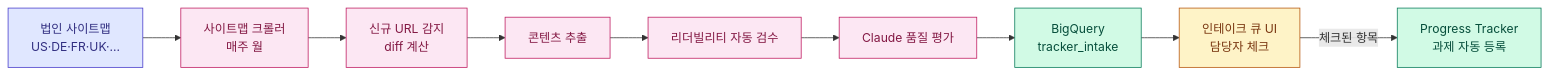
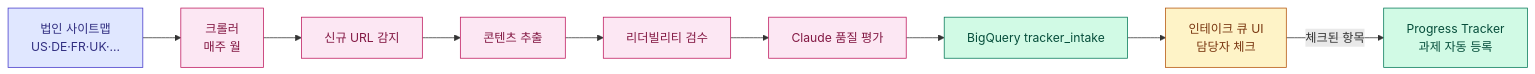
One commit to mts8787-droid/my-geo-newsletter changed the third of 4 diagrams in docs/ADMIN_PLAN.md. Above: the diagram before and after it, drawn with Mermaid. The commit also changed other lines of this file, not shown here.

````diff
--- a/docs/ADMIN_PLAN.md
+++ b/docs/ADMIN_PLAN.md
@@ -281,20 +283,20 @@
 ```mermaid
 flowchart LR
   classDef ext fill:#E0E7FF,stroke:#4338CA,color:#312E81
   classDef run fill:#FCE7F3,stroke:#BE185D,color:#831843
   classDef store fill:#D1FAE5,stroke:#047857,color:#064E3B
   classDef ui fill:#FEF3C7,stroke:#B45309,color:#78350F
 
   법인[법인 사이트맵<br/>US·DE·FR·UK·...]:::ext
-  크롤[사이트맵 크롤러<br/>매주 월]:::run
-  diff[신규 URL 감지<br/>diff 계산]:::run
+  크롤[크롤러<br/>매주 월]:::run
+  diff[신규 URL 감지]:::run
   추출[콘텐츠 추출]:::run
-  가독[리더빌리티 자동 검수]:::run
+  가독[리더빌리티 검수]:::run
   품질[Claude 품질 평가]:::run
-  큐[BigQuery<br/>tracker_intake]:::store
+  큐[BigQuery tracker_intake]:::store
   UI[인테이크 큐 UI<br/>담당자 체크]:::ui
   PT[Progress Tracker<br/>과제 자동 등록]:::store
 
   법인 --> 크롤 --> diff --> 추출 --> 가독 --> 품질 --> 큐 --> UI
   UI -- 체크된 항목 --> PT
 ```
````
